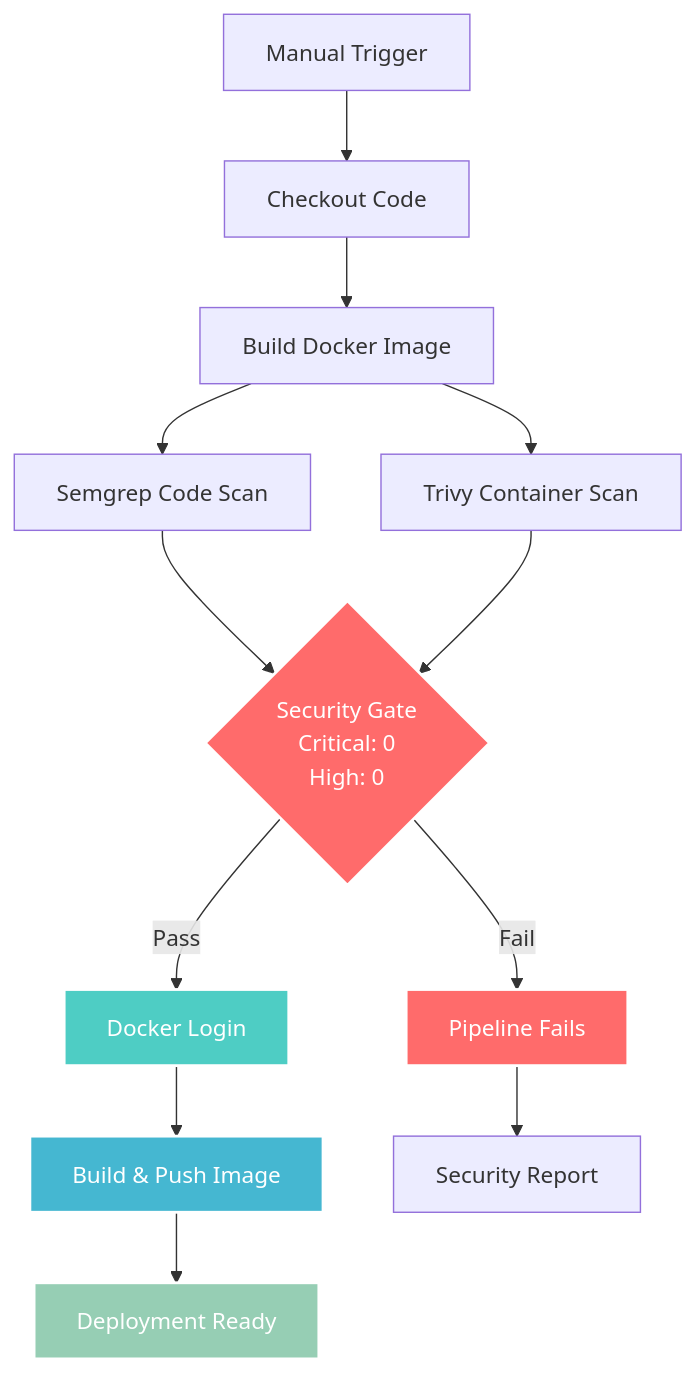
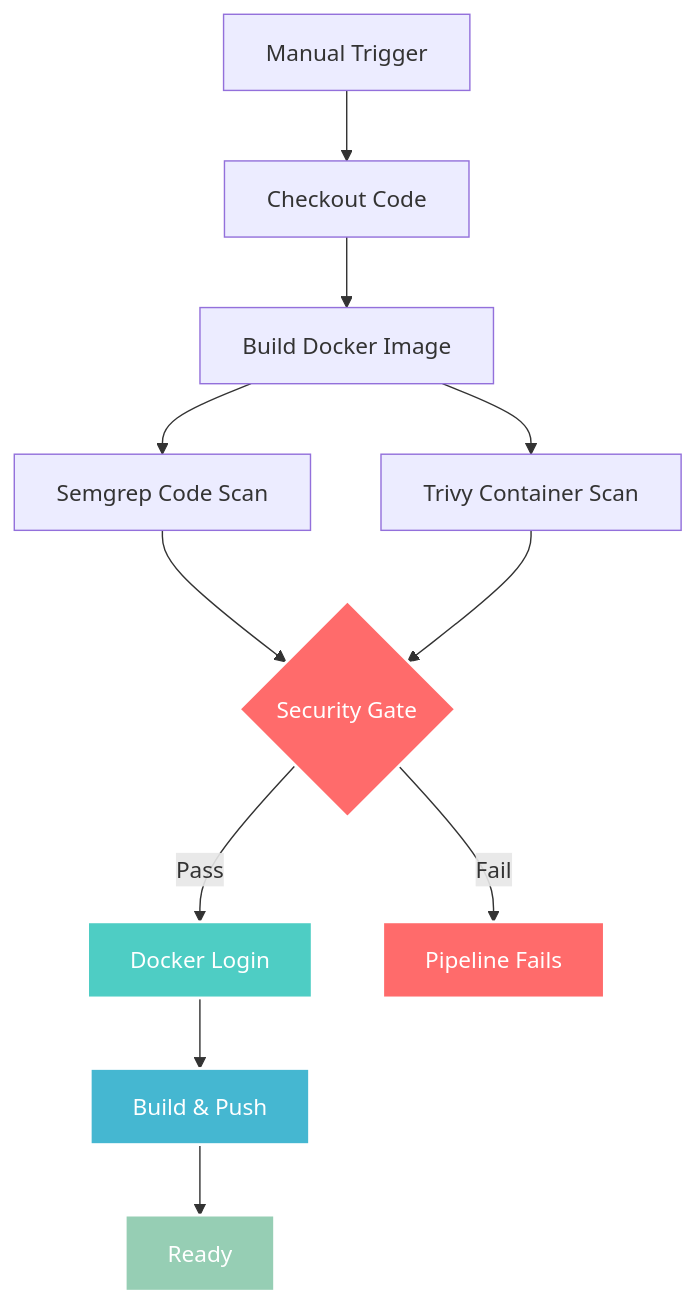
One commit to hojhon/hojhon-site changed the diagram in README.md. Above: the diagram before and after it, drawn with Mermaid.

````diff
--- a/README.md
+++ b/README.md
@@ -22,25 +22,21 @@
 ```mermaid
 graph TB
-    A[Manual Trigger] --> B[Checkout Code]
-    B --> C[Build Docker Image]
+    A[Manual Trigger] --> B[Checkout Code] --> C[Build Docker Image]
     
     C --> D[Semgrep Code Scan]
     C --> E[Trivy Container Scan]
     
-    D --> F{Security Gate<br/>Critical: 0<br/>High: 0}
+    D --> F{Security Gate}
     E --> F
     
-    F -->|Pass| G[Docker Login]
-    F -->|Fail| J[Pipeline Fails]
+    F -->|Pass| G[Docker Login] --> H[Build & Push]
+    F -->|Fail| I[Pipeline Fails]
     
-    G --> H[Build & Push Image]
-    H --> I[Deployment Ready]
-    
-    J --> K[Security Report]
+    H --> J[Ready]
     
     style F fill:#ff6b6b,stroke:#ffffff,stroke-width:2px,color:#ffffff
     style G fill:#4ecdc4,stroke:#ffffff,stroke-width:2px,color:#ffffff
     style H fill:#45b7d1,stroke:#ffffff,stroke-width:2px,color:#ffffff
-    style J fill:#ff6b6b,stroke:#ffffff,stroke-width:2px,color:#ffffff
-    style I fill:#96ceb4,stroke:#ffffff,stroke-width:2px,color:#ffffff
+    style I fill:#ff6b6b,stroke:#ffffff,stroke-width:2px,color:#ffffff
+    style J fill:#96ceb4,stroke:#ffffff,stroke-width:2px,color:#ffffff
 ```
````
